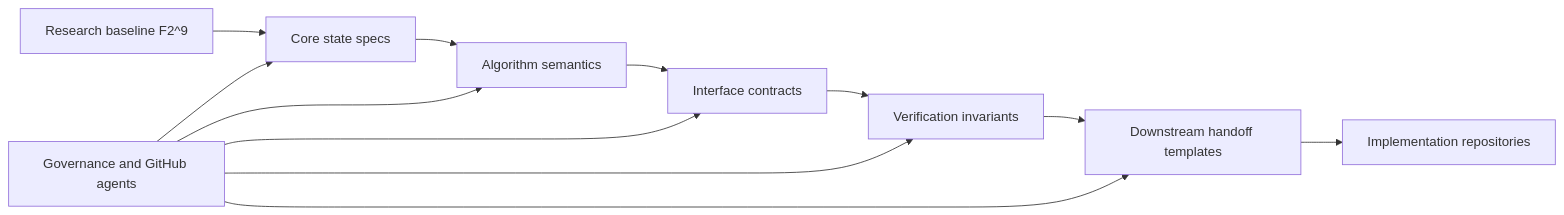
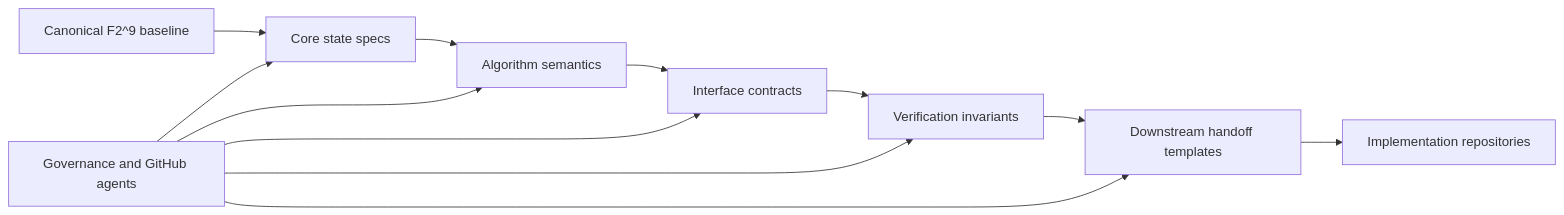
Before and after one commit to flynn33/ASH-Pattern-System: the diagram in wiki/Home.md, drawn with Mermaid. The commit also changed other lines of this file and 42 other files, not shown here.

````diff
--- a/wiki/Home.md
+++ b/wiki/Home.md
@@ -18,14 +18,14 @@
 ```mermaid
 flowchart LR
-    A[Research baseline F2^9] --> B[Core state specs]
+    A[Canonical F2^9 baseline] --> B[Core state specs]
     B --> C[Algorithm semantics]
     C --> D[Interface contracts]
     D --> E[Verification invariants]
     E --> F[Downstream handoff templates]
     F --> G[Implementation repositories]
     H[Governance and GitHub agents] --> B
     H --> C
     H --> D
     H --> E
     H --> F
 ```
````
